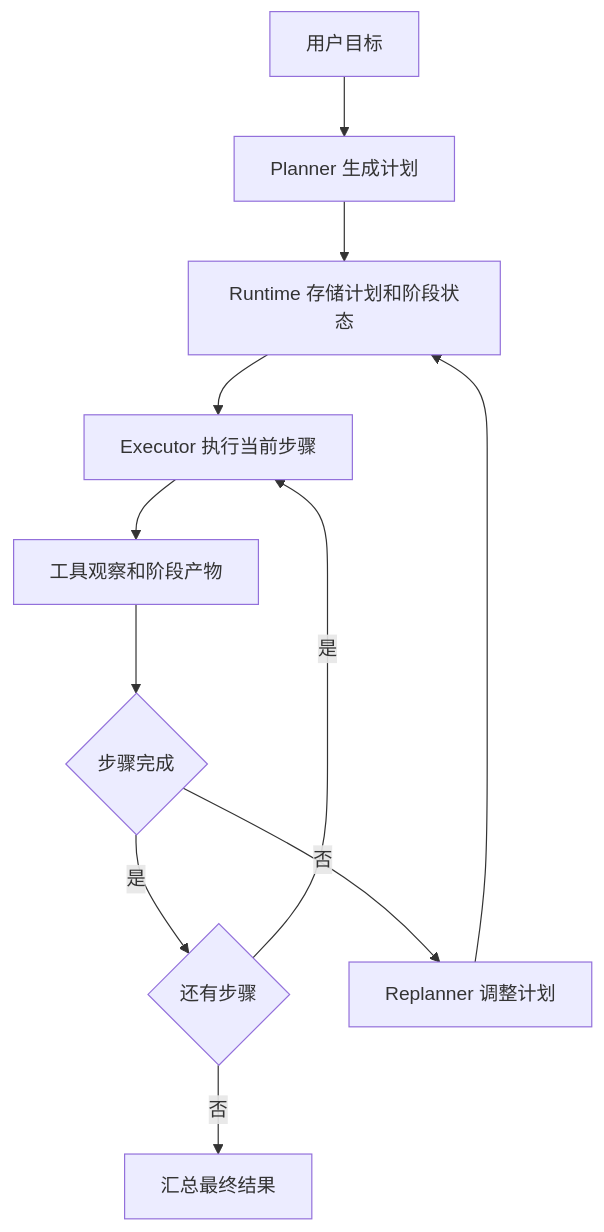
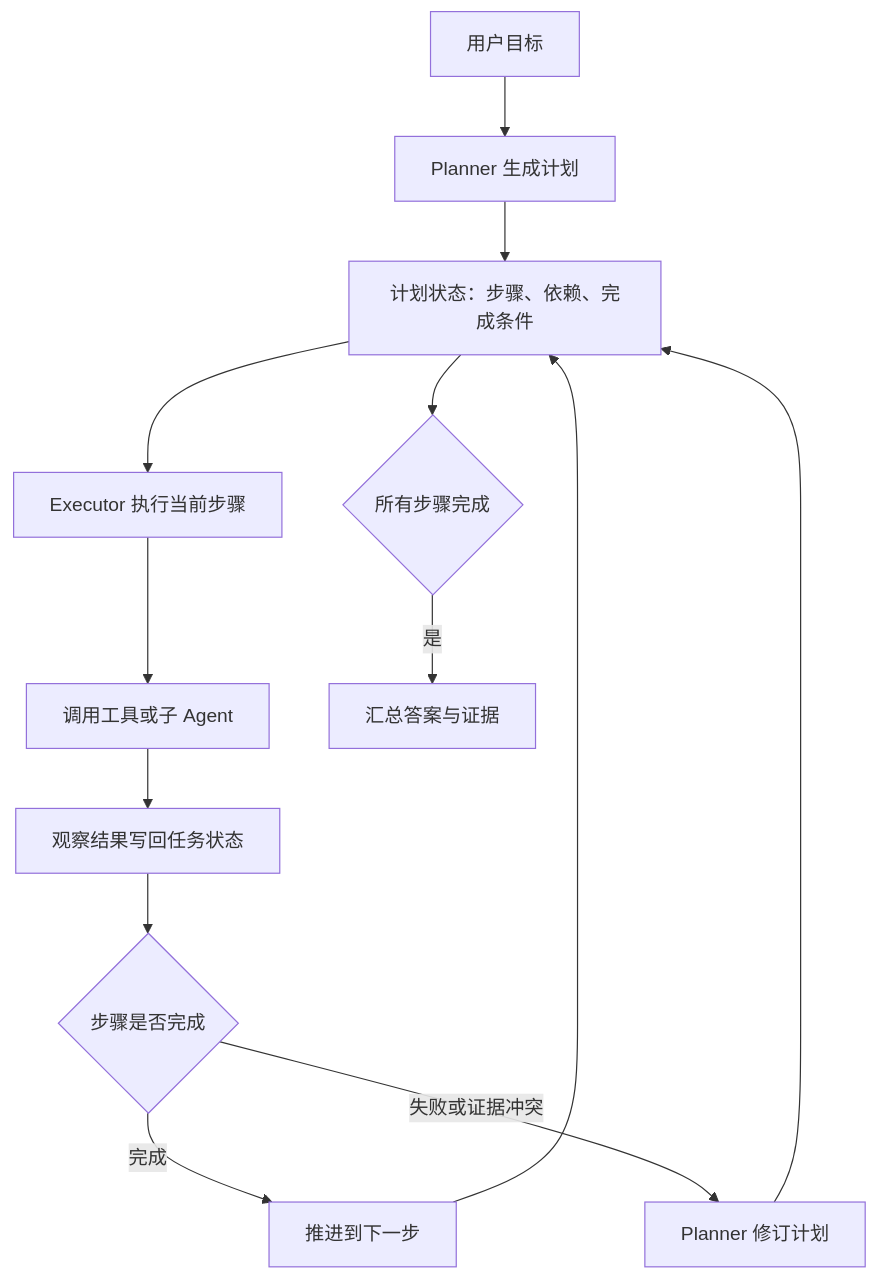
One commit to Doge2077/liyyro changed the first of 2 diagrams in docs/AI/Agent/Agent架构/Plan-and-Execute范式.md. Above: the diagram before and after it, drawn with Mermaid. The commit also changed other lines of this file and 27 other files, not shown here.

````diff
--- a/docs/AI/Agent/Agent架构/Plan-and-Execute范式.md
+++ b/docs/AI/Agent/Agent架构/Plan-and-Execute范式.md
@@ -17,13 +32,15 @@
 ```mermaid
 flowchart TD
-  A["用户目标"] --> P["Planner 生成计划"]
-  P --> S["Runtime 存储计划和阶段状态"]
-  S --> E["Executor 执行当前步骤"]
-  E --> O["工具观察和阶段产物"]
-  O --> C{"步骤完成"}
-  C -->|"是"| N{"还有步骤"}
-  N -->|"是"| E
-  N -->|"否"| F["汇总最终结果"]
-  C -->|"否"| R["Replanner 调整计划"]
-  R --> S
+  G["用户目标"] --> P["Planner 生成计划"]
+  P --> PS["计划状态：步骤、依赖、完成条件"]
+  PS --> E["Executor 执行当前步骤"]
+  E --> T["调用工具或子 Agent"]
+  T --> O["观察结果写回任务状态"]
+  O --> J{"步骤是否完成"}
+  J -->|"完成"| N["推进到下一步"]
+  J -->|"失败或证据冲突"| RP["Planner 修订计划"]
+  N --> PS
+  RP --> PS
+  PS --> F{"所有步骤完成"}
+  F -->|"是"| A["汇总答案与证据"]
 ```
````
